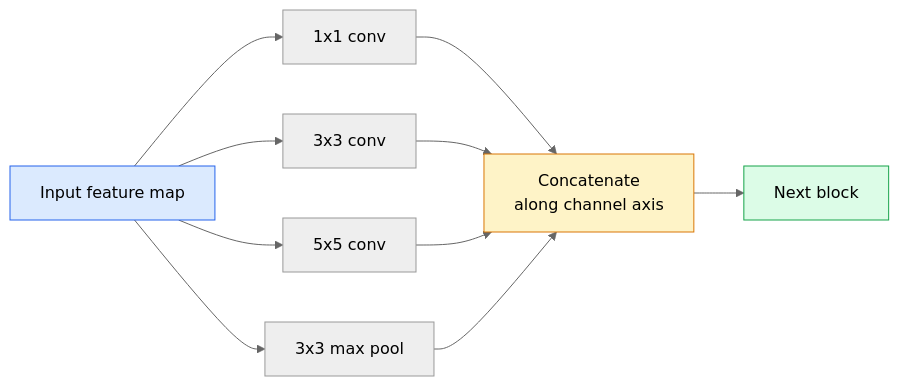
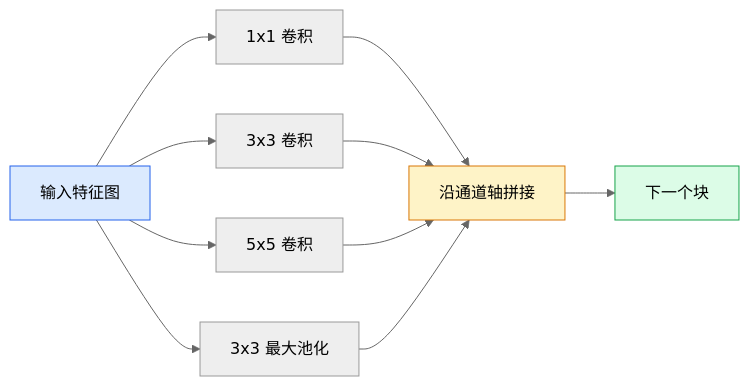
Before and after one commit to guangningsun/ailearning: the second of 3 diagrams in lessons/04-computer-vision/03-cnns-lenet-to-resnet/docs/zh.md, drawn with Mermaid (neutral theme). The commit also changed other lines of this file and 29 other files, not shown here.

````diff
--- a/lessons/04-computer-vision/03-cnns-lenet-to-resnet/docs/zh.md
+++ b/lessons/04-computer-vision/03-cnns-lenet-to-resnet/docs/zh.md
@@ -83,16 +83,16 @@
 ```mermaid
 flowchart LR
-    IN["Input feature map"] --> A["1x1 conv"]
-    IN --> B["3x3 conv"]
-    IN --> C["5x5 conv"]
-    IN --> D["3x3 max pool"]
-    A --> CAT["Concatenate<br/>along channel axis"]
+    IN["输入特征图"] --> A["1x1 卷积"]
+    IN --> B["3x3 卷积"]
+    IN --> C["5x5 卷积"]
+    IN --> D["3x3 最大池化"]
+    A --> CAT["沿通道轴拼接"]
     B --> CAT
     C --> CAT
     D --> CAT
-    CAT --> OUT["Next block"]
+    CAT --> OUT["下一个块"]
 
     style IN fill:#dbeafe,stroke:#2563eb
     style CAT fill:#fef3c7,stroke:#d97706
     style OUT fill:#dcfce7,stroke:#16a34a
 ```
````
